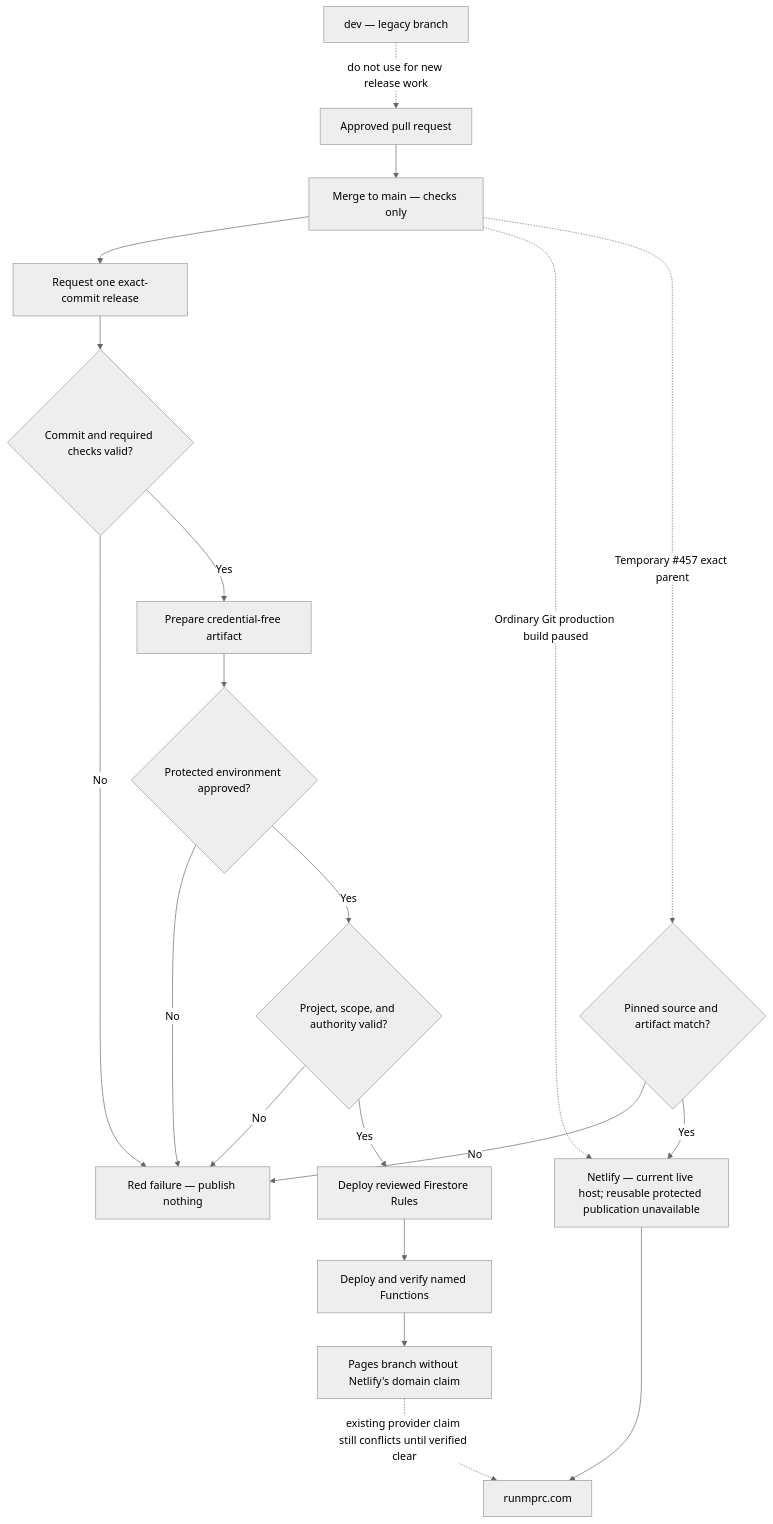
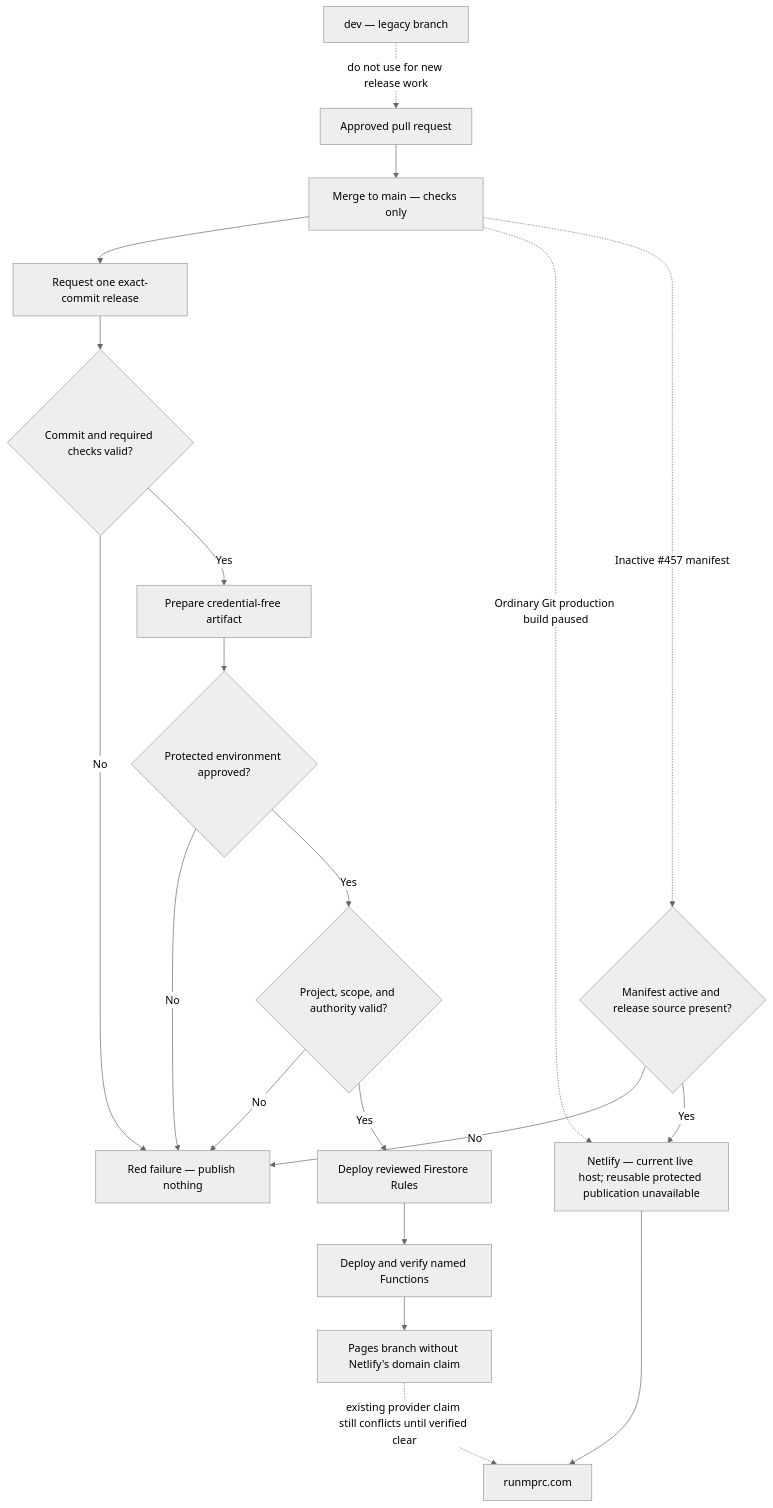
The third of 8 diagrams in docs/officers/SYSTEM_MAPS.md (Run-MPRC/Run-MPRC.github.io), drawn with Mermaid (neutral theme) before and after one commit. The commit also changed other lines of this file and 10 other files, not shown here.

````diff
--- a/docs/officers/SYSTEM_MAPS.md
+++ b/docs/officers/SYSTEM_MAPS.md
@@ -47,22 +47,22 @@
 ```mermaid
 flowchart TD
     PR["Approved pull request"] --> Main["Merge to main — checks only"]
     Main --> Request["Request one exact-commit release"]
     Request --> Preflight{"Commit and required checks valid?"}
     Preflight -- "No" --> Stop["Red failure — publish nothing"]
     Preflight -- "Yes" --> Prepare["Prepare credential-free artifact"]
     Prepare --> Approval{"Protected environment approved?"}
     Approval -- "No" --> Stop
     Approval -- "Yes" --> Gate{"Project, scope, and authority valid?"}
     Gate -- "No" --> Stop
     Gate -- "Yes" --> Rules["Deploy reviewed Firestore Rules"]
     Rules --> Functions["Deploy and verify named Functions"]
     Functions --> Pages["Pages branch without Netlify's domain claim"]
     Main -. "Ordinary Git production build paused" .-> Netlify
-    Main -. "Temporary #457 exact parent" .-> WebGate{"Pinned source and artifact match?"}
+    Main -. "Inactive #457 manifest" .-> WebGate{"Manifest active and release source present?"}
     WebGate -- "No" --> Stop
     WebGate -- "Yes" --> Netlify
     Netlify["Netlify — current live host; reusable protected publication unavailable"] --> Live["runmprc.com"]
     Pages -. "existing provider claim still conflicts until verified clear" .-> Live
     Dev["dev — legacy branch"] -. "do not use for new release work" .-> PR
 ```
````
